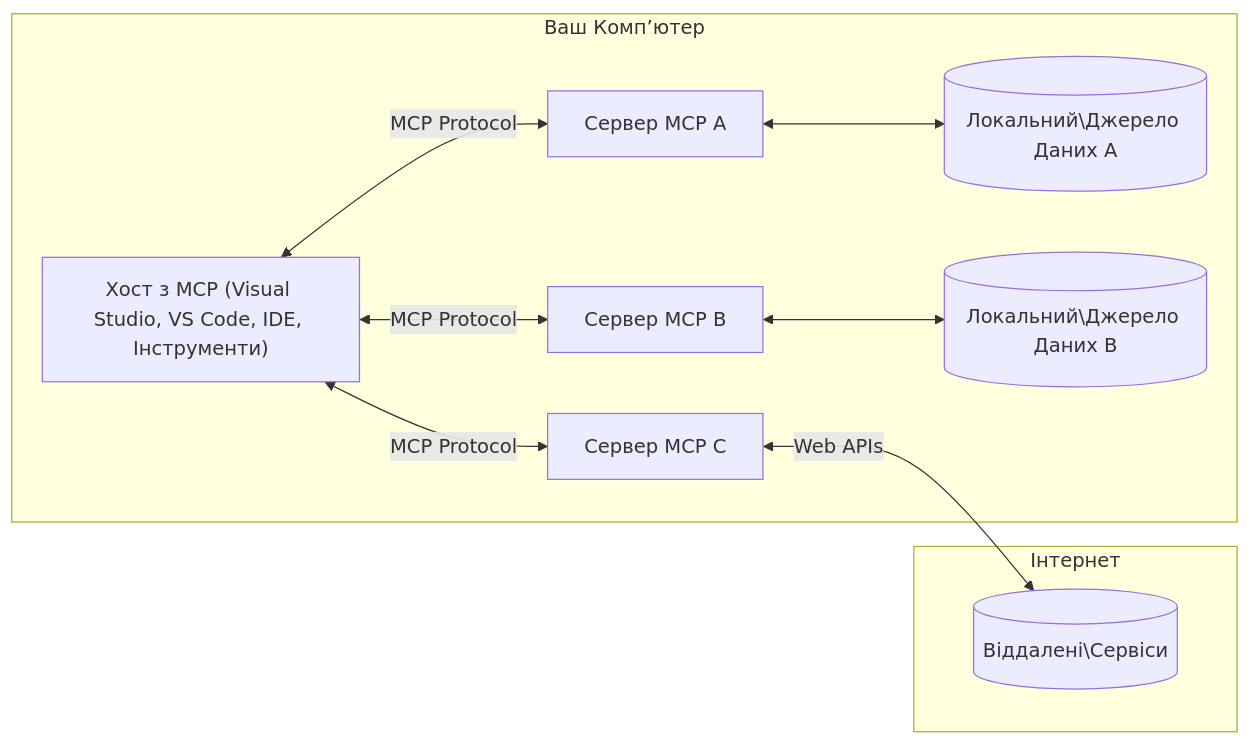
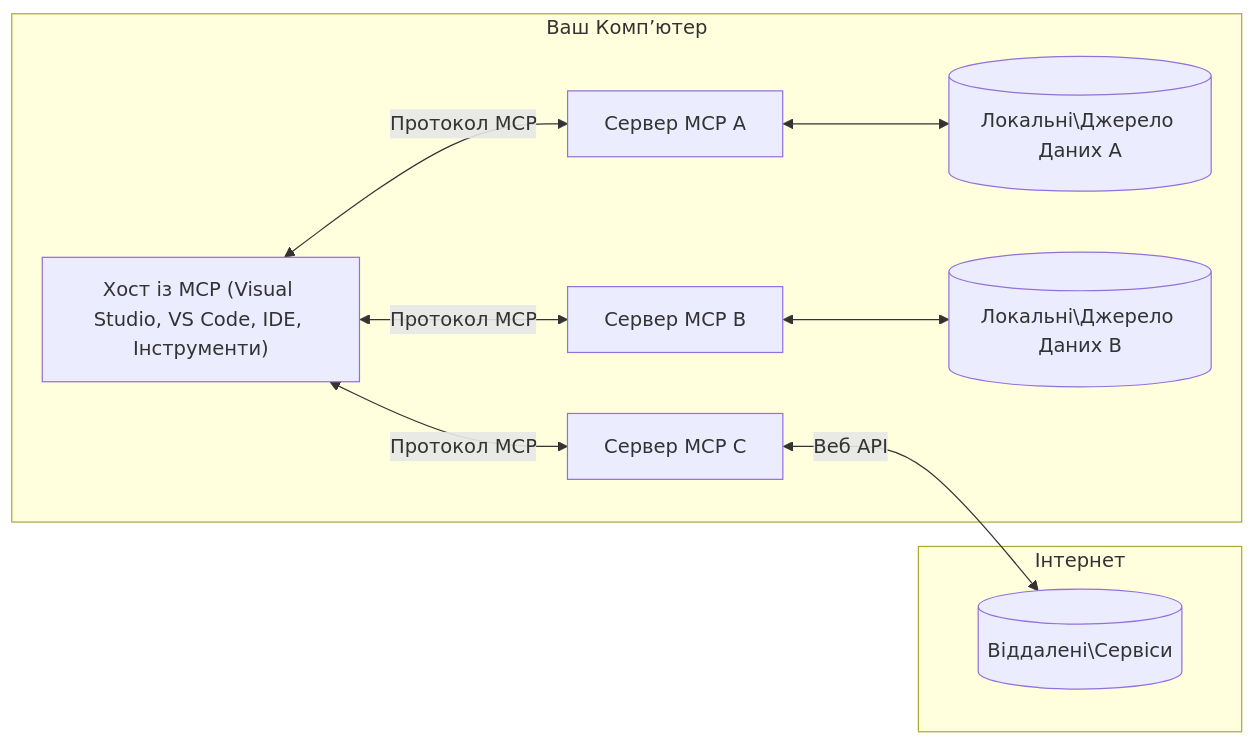
Before and after one commit to HIDORAKAI002/ai-workspace-archive: the diagram in mcp_ecosystem__model_context_protocol/mcp_learning_resources/mcp-for-beginners/translations/uk/01-CoreConcepts/README.md, drawn with Mermaid. The commit also changed other lines of this file and 1046 other files, not shown here.

````diff
--- a/mcp_ecosystem__model_context_protocol/mcp_learning_resources/mcp-for-beginners/translations/uk/01-CoreConcepts/README.md
+++ b/mcp_ecosystem__model_context_protocol/mcp_learning_resources/mcp-for-beginners/translations/uk/01-CoreConcepts/README.md
@@ -45,17 +45,17 @@
 ```mermaid
 flowchart LR
     subgraph "Ваш Комп’ютер"
-        Host["Хост з MCP (Visual Studio, VS Code, IDE, Інструменти)"]
+        Host["Хост із MCP (Visual Studio, VS Code, IDE, Інструменти)"]
         S1["Сервер MCP A"]
         S2["Сервер MCP B"]
         S3["Сервер MCP C"]
-        Host <-->|"MCP Protocol"| S1
-        Host <-->|"MCP Protocol"| S2
-        Host <-->|"MCP Protocol"| S3
-        S1 <--> D1[("Локальний\Джерело Даних A")]
-        S2 <--> D2[("Локальний\Джерело Даних B")]
+        Host <-->|"Протокол MCP"| S1
+        Host <-->|"Протокол MCP"| S2
+        Host <-->|"Протокол MCP"| S3
+        S1 <--> D1[("Локальні\Джерело Даних A")]
+        S2 <--> D2[("Локальні\Джерело Даних B")]
     end
     subgraph "Інтернет"
-        S3 <-->|"Web APIs"| D3[("Віддалені\Сервіси")]
+        S3 <-->|"Веб API"| D3[("Віддалені\Сервіси")]
     end
 ```
````
